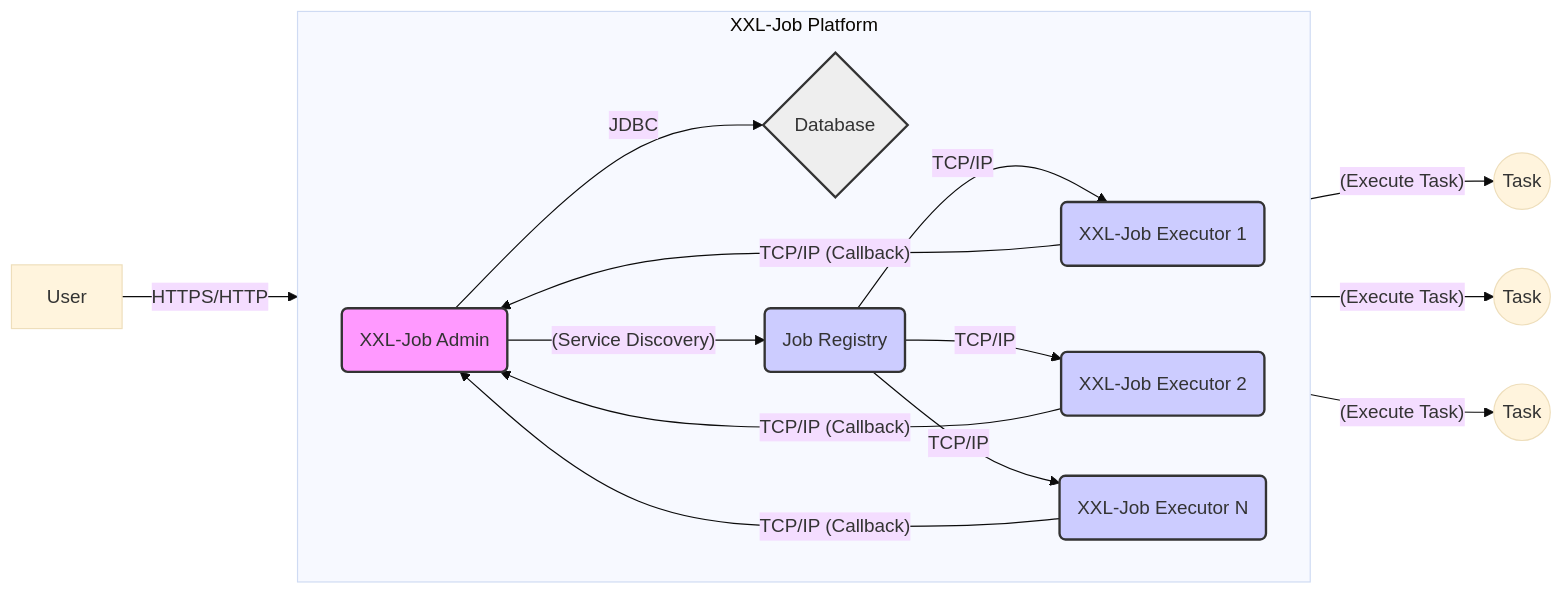
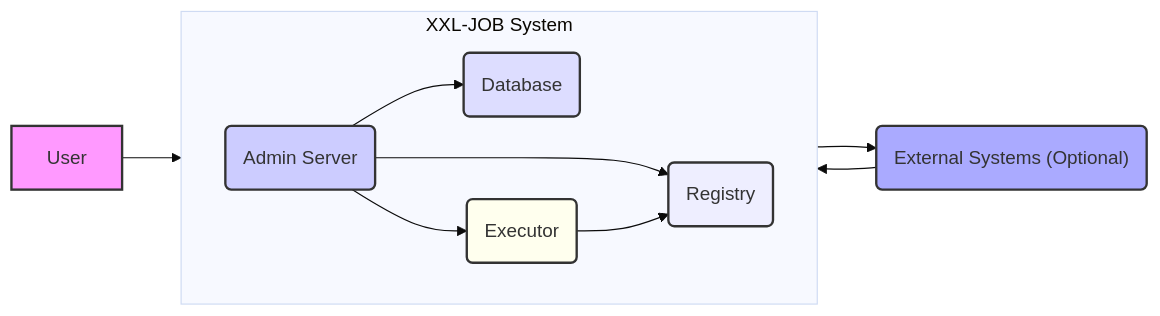
One commit to xvnpw/sec-docs changed the first of 2 diagrams in java/xxl-job/2024-12-27-gemini-2.0-flash-thinking-exp/sec-design.md. Above: the diagram before and after it, drawn with Mermaid (base theme). The commit also changed other lines of this file and 4 other files, not shown here.

Commit message:
Add security documentation generated by ai-security-analyzer for java/xxl-job/config.json

````diff
--- a/java/xxl-job/2024-12-27-gemini-2.0-flash-thinking-exp/sec-design.md
+++ b/java/xxl-job/2024-12-27-gemini-2.0-flash-thinking-exp/sec-design.md
@@ -30,32 +44,22 @@
 ```mermaid
 graph LR
-    A[User] -- HTTPS/HTTP --> B(XXL-Job Admin);
-    B -- JDBC --> C{Database};
-    B -- (Service Discovery) --> D(Job Registry);
-    D -- TCP/IP --> E(XXL-Job Executor 1);
-    D -- TCP/IP --> F(XXL-Job Executor 2);
-    D -- TCP/IP --> G(XXL-Job Executor N);
-    E -- (Execute Task) --> H((Task));
-    F -- (Execute Task) --> I((Task));
-    G -- (Execute Task) --> J((Task));
-    E -- TCP/IP (Callback) --> B;
-    F -- TCP/IP (Callback) --> B;
-    G -- TCP/IP (Callback) --> B;
+    A["User"] --> B("Admin Server");
+    B --> C("Database");
+    B --> D("Registry");
+    E("Executor") --> D;
+    B --> E;
+    E --> F("External Systems (Optional)");
+    F --> E;
 
-    subgraph XXL-Job Platform
+    subgraph "XXL-JOB System"
         direction LR
-        B
-        C
-        D
-        E
-        F
-        G
+        B; C; D; E;
     end
 
-    style B fill:#f9f,stroke:#333,stroke-width:2px
-    style D fill:#ccf,stroke:#333,stroke-width:2px
-    style E fill:#ccf,stroke:#333,stroke-width:2px
-    style F fill:#ccf,stroke:#333,stroke-width:2px
-    style G fill:#ccf,stroke:#333,stroke-width:2px
-    style C fill:#eee,stroke:#333,stroke-width:2px
+    style A fill:#f9f,stroke:#333,stroke-width:2px
+    style B fill:#ccf,stroke:#333,stroke-width:2px
+    style C fill:#ddf,stroke:#333,stroke-width:2px
+    style D fill:#eef,stroke:#333,stroke-width:2px
+    style E fill:#ffe,stroke:#333,stroke-width:2px
+    style F fill:#aaf,stroke:#333,stroke-width:2px
 ```
````
